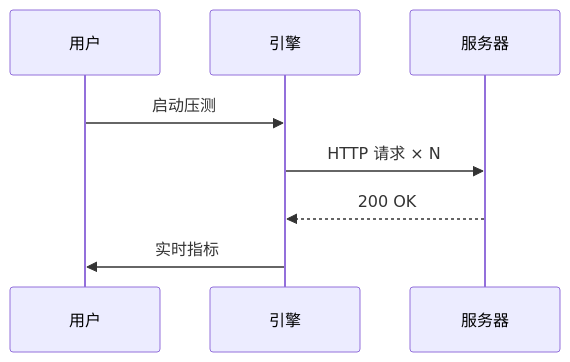
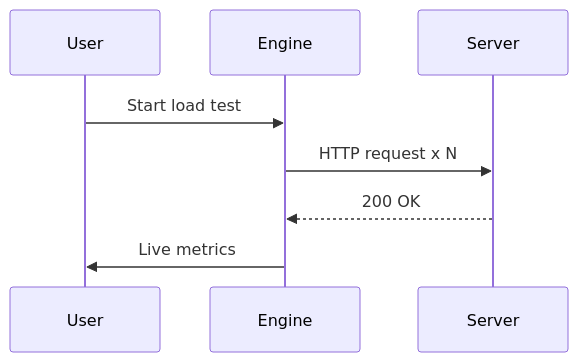
One commit to hexiangtao/loadix changed the second of 3 diagrams in src/entrypoints/dashboard/markdown/markdown-sample.md. Above: the diagram before and after it, drawn with Mermaid. The commit also changed other lines of this file and 9 other files, not shown here.

````diff
--- a/src/entrypoints/dashboard/markdown/markdown-sample.md
+++ b/src/entrypoints/dashboard/markdown/markdown-sample.md
@@ -22,10 +22,10 @@
 ```mermaid
 sequenceDiagram
-  participant U as 用户
-  participant E as 引擎
-  participant S as 服务器
-  U->>E: 启动压测
-  E->>S: HTTP 请求 × N
+  participant U as User
+  participant E as Engine
+  participant S as Server
+  U->>E: Start load test
+  E->>S: HTTP request x N
   S-->>E: 200 OK
-  E->>U: 实时指标
+  E->>U: Live metrics
 ```
````
